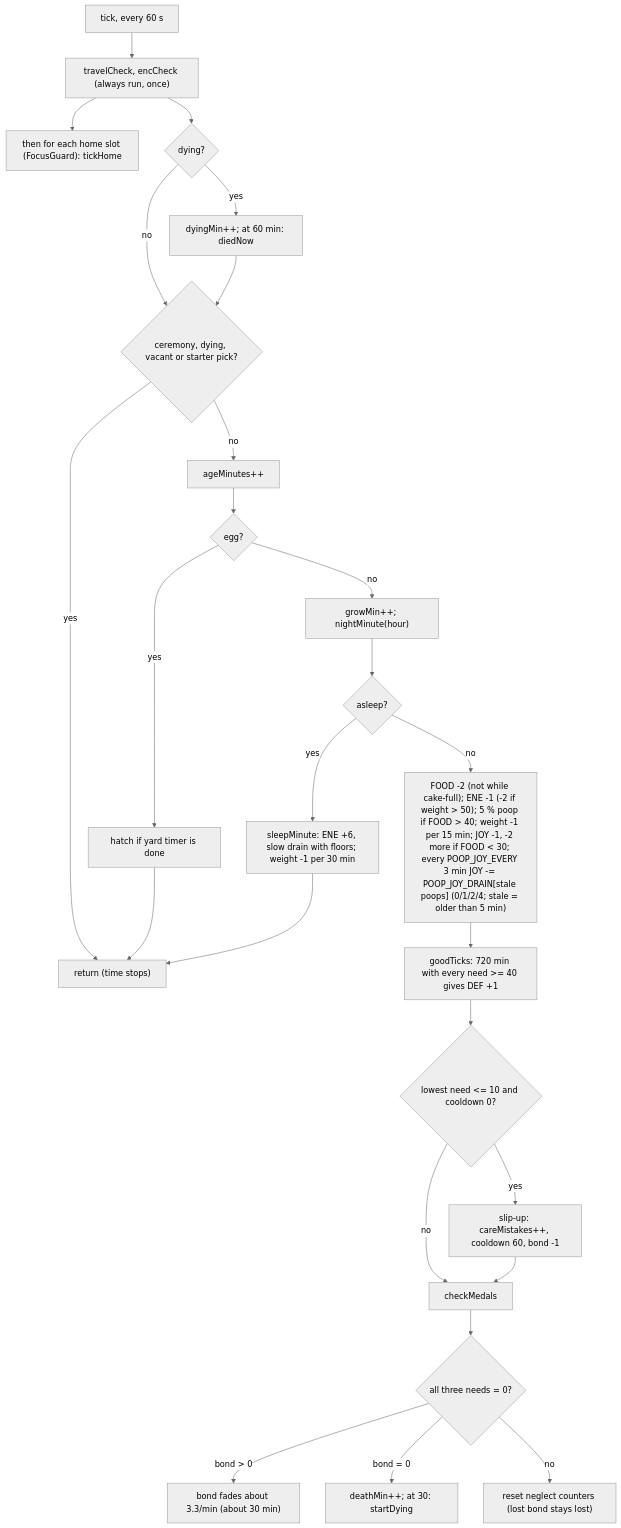
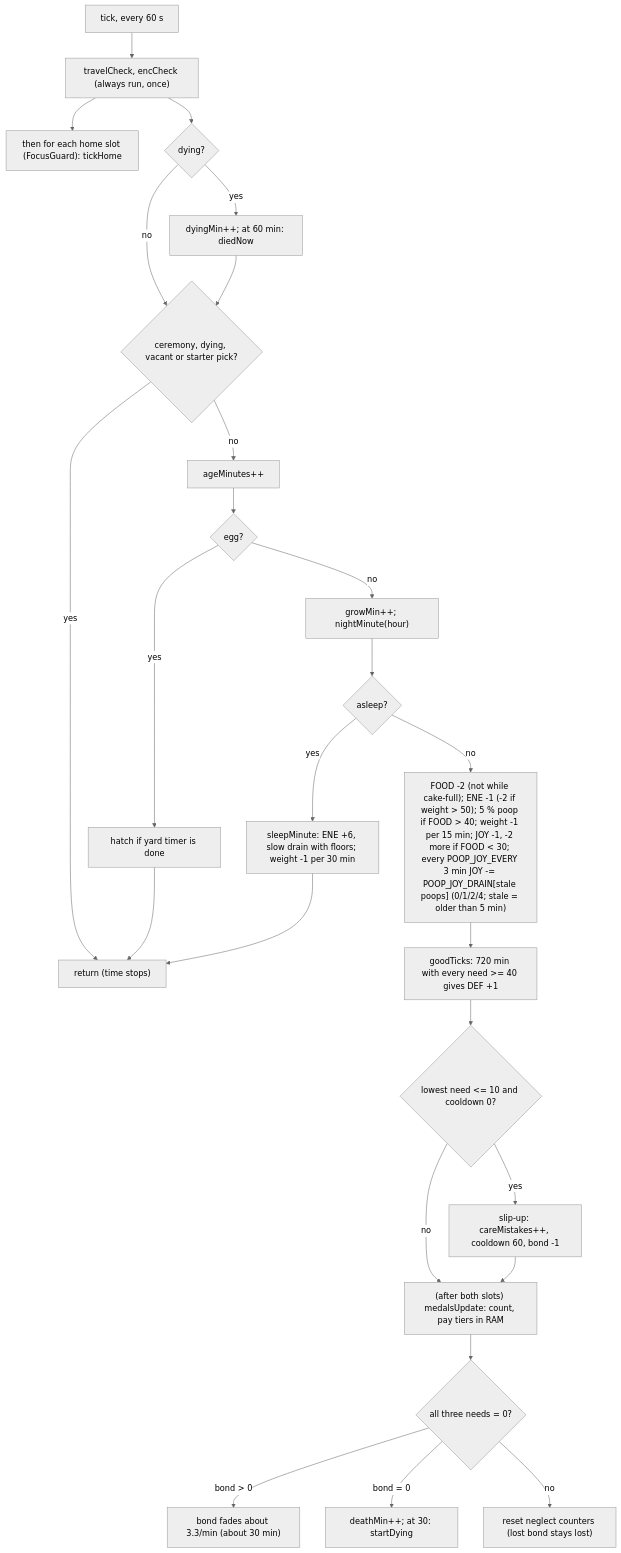
The fourth of 11 diagrams in docs/GAME_LOGIC.md (Ale-Cuevas/TamaPoke), drawn with Mermaid (neutral theme) before and after one commit. The commit also changed other lines of this file and 28 other files, not shown here.

First line of the commit message:
v3.4: player medals that pay coins, the USER page, a 2-page card

````diff
--- a/docs/GAME_LOGIC.md
+++ b/docs/GAME_LOGIC.md
@@ -398,26 +400,26 @@
 ```mermaid
 flowchart TD
   A["tick, every 60 s"] --> B["travelCheck, encCheck (always run, once)"]
   B --> B2["then for each home slot (FocusGuard): tickHome"]
   B --> C{"dying?"}
   C -- yes --> C1["dyingMin++; at 60 min: diedNow"]
   C -- no --> D
   C1 --> D{"ceremony, dying, vacant or starter pick?"}
   D -- yes --> Z["return (time stops)"]
   D -- no --> E["ageMinutes++"]
   E --> F{"egg?"}
   F -- yes --> F1["hatch if yard timer is done"] --> Z
   F -- no --> G["growMin++; nightMinute(hour)"]
   G --> H{"asleep?"}
   H -- yes --> H1["sleepMinute: ENE +6, slow drain with floors; weight -1 per 30 min"] --> Z
   H -- no --> I["FOOD -2 (not while cake-full); ENE -1 (-2 if weight > 50); 5 % poop if FOOD > 40; weight -1 per 15 min; JOY -1, -2 more if FOOD < 30; every POOP_JOY_EVERY 3 min JOY -= POOP_JOY_DRAIN[stale poops] (0/1/2/4; stale = older than 5 min)"]
   I --> J["goodTicks: 720 min with every need >= 40 gives DEF +1"]
   J --> K{"lowest need <= 10 and cooldown 0?"}
   K -- yes --> K1["slip-up: careMistakes++, cooldown 60, bond -1"]
   K -- no --> L
-  K1 --> L["checkMedals"]
+  K1 --> L["(after both slots) medalsUpdate: count, pay tiers in RAM"]
   L --> M{"all three needs = 0?"}
   M -- "bond > 0" --> M1["bond fades about 3.3/min (about 30 min)"]
   M -- "bond = 0" --> M2["deathMin++; at 30: startDying"]
   M -- no --> M3["reset neglect counters (lost bond stays lost)"]
 ```
````
